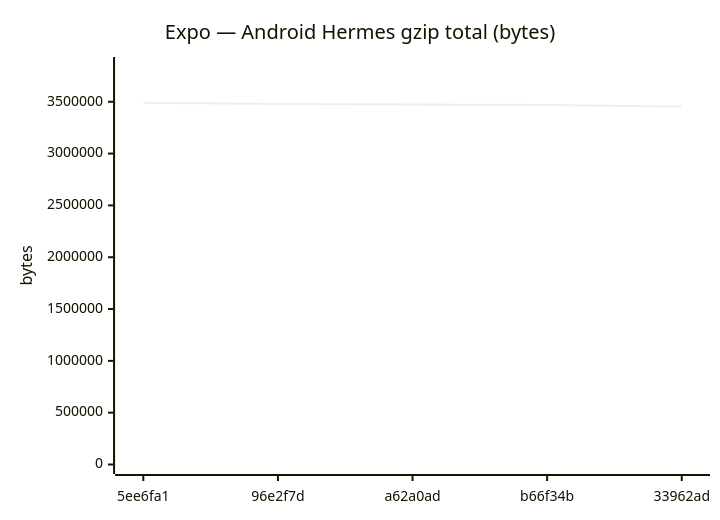
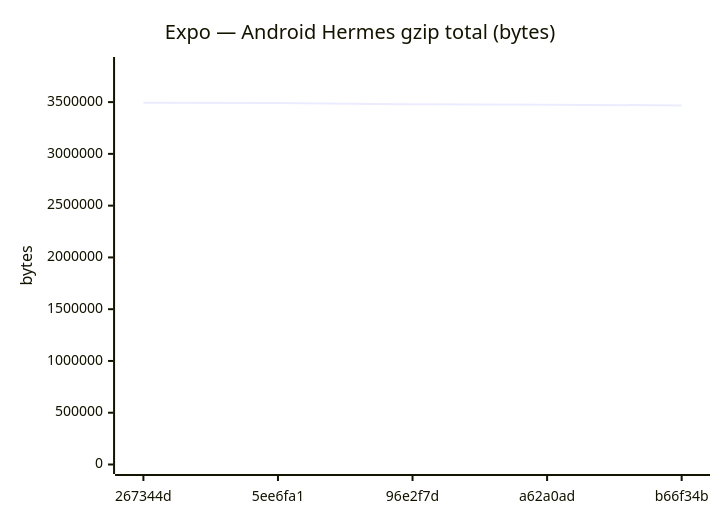
Before and after one commit to Metaheurist/Rianell: diagram 11 of 18 in benchmarks/compare.md, drawn with Mermaid. The commit also changed other lines of this file and 11 other files, not shown here.

````diff
--- a/benchmarks/compare.md
+++ b/benchmarks/compare.md
@@ -172,7 +172,7 @@
 ```mermaid
 xychart-beta
     title "Expo — Android Hermes gzip total (bytes)"
-    x-axis ["5ee6fa1", "96e2f7d", "a62a0ad", "b66f34b", "33962ad"]
-    y-axis "bytes" 0 --> 3840223
-    line [3491111, 3478911, 3474606, 3468338, 3454266]
+    x-axis ["267344d", "5ee6fa1", "96e2f7d", "a62a0ad", "b66f34b"]
+    y-axis "bytes" 0 --> 3843890
+    line [3494445, 3491111, 3478911, 3474606, 3468338]
 ```
````
